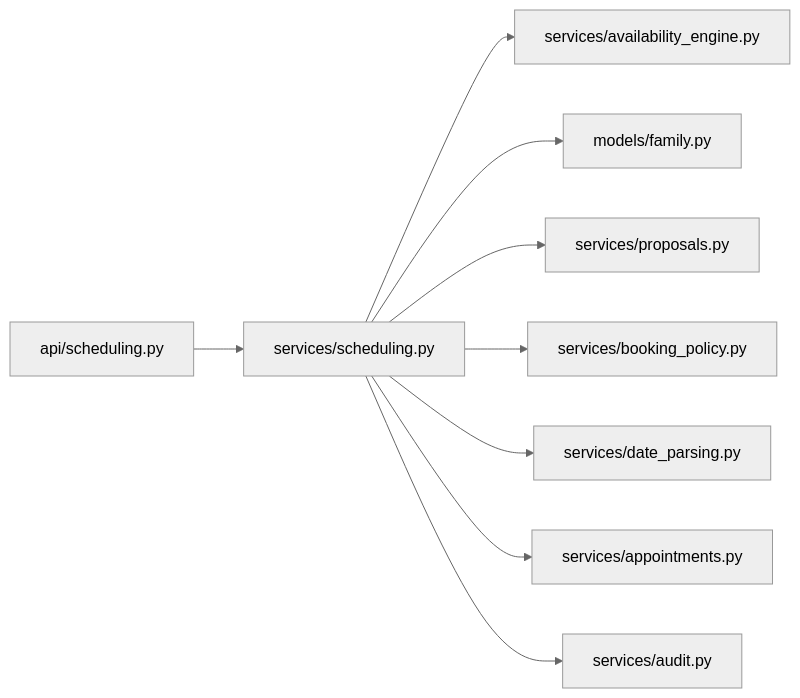
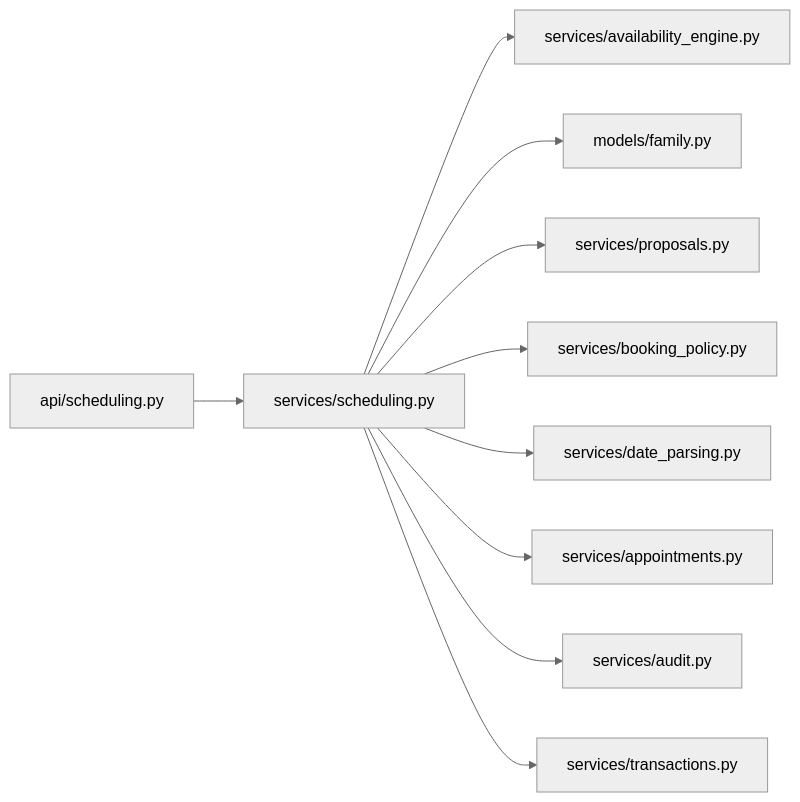
Before and after one commit to gokulkaarthicks/dental-chatbot: diagram 13 of 13 in .qoder/repowiki/en/content/Scheduling System/Family Booking Coordination.md, drawn with Mermaid (neutral theme). The commit also changed other lines of this file and 280 other files, not shown here.

````diff
--- a/.qoder/repowiki/en/content/Scheduling System/Family Booking Coordination.md
+++ b/.qoder/repowiki/en/content/Scheduling System/Family Booking Coordination.md
@@ -491,11 +560,12 @@
 ```mermaid
 graph LR
 API["api/scheduling.py"] --> Svc["services/scheduling.py"]
 Svc --> Eng["services/availability_engine.py"]
 Svc --> Mod["models/family.py"]
 Svc --> Prop["services/proposals.py"]
 Svc --> Pol["services/booking_policy.py"]
 Svc --> Date["services/date_parsing.py"]
 Svc --> AppSvc["services/appointments.py"]
 Svc --> Audit["services/audit.py"]
+Svc --> Trans["services/transactions.py"]
 ```
````
